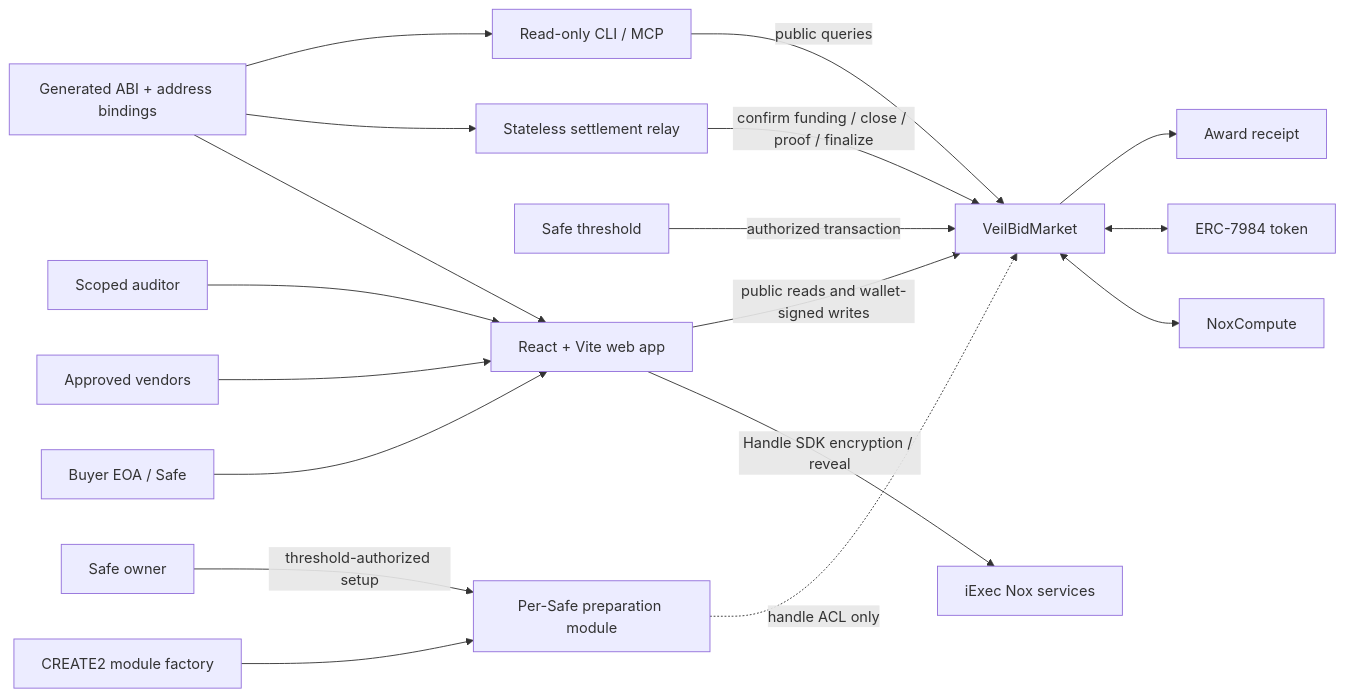
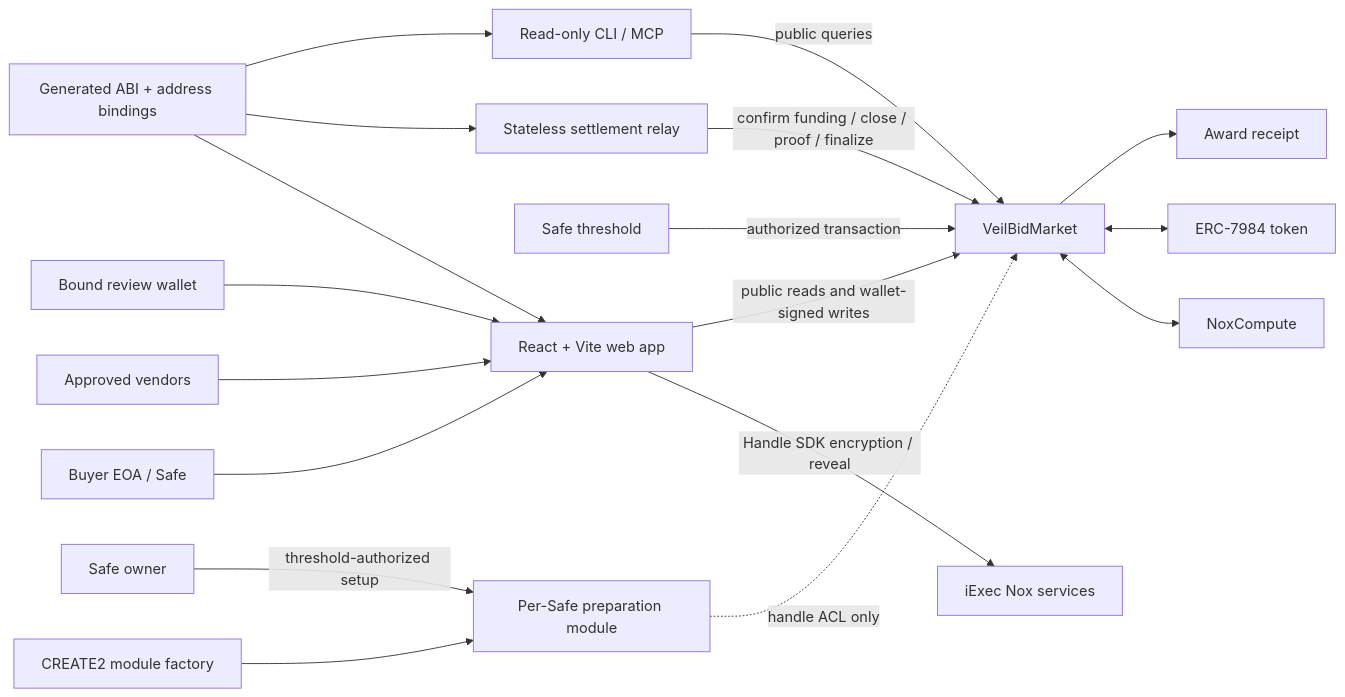
Before and after one commit to huutrungle2001/Veilbid: the second of 2 diagrams in README.md, drawn with Mermaid. The commit also changed other lines of this file and 14 other files, not shown here.

Commit message:
docs: document automatic review user flow

````diff
--- a/README.md
+++ b/README.md
@@ -168,24 +168,24 @@
 ```mermaid
 flowchart LR
     Buyer["Buyer EOA / Safe"] --> Web["React + Vite web app"]
     Vendor["Approved vendors"] --> Web
-    Auditor["Scoped auditor"] --> Web
+    Reviewer["Bound review wallet"] --> Web
 
     Web -->|Handle SDK encryption / reveal| Nox["iExec Nox services"]
     Web -->|public reads and wallet-signed writes| Market["VeilBidMarket"]
 
     Factory["CREATE2 module factory"] --> Module["Per-Safe preparation module"]
     SafeOwner["Safe owner"] -->|threshold-authorized setup| Module
     Module -.->|handle ACL only| Market
     Safe["Safe threshold"] -->|authorized transaction| Market
 
     Market <--> Compute["NoxCompute"]
     Market <--> Token["ERC-7984 token"]
     Market --> Receipt["Award receipt"]
 
     Relay["Stateless settlement relay"] -->|confirm funding / close / proof / finalize| Market
     Console["Read-only CLI / MCP"] -->|public queries| Market
     Bindings["Generated ABI + address bindings"] --> Web
     Bindings --> Relay
     Bindings --> Console
 ```
````
